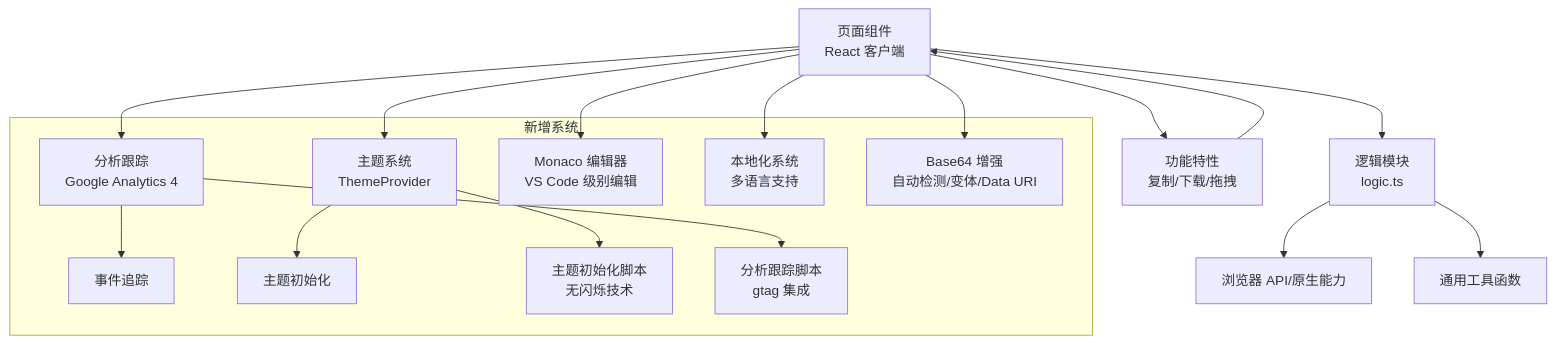
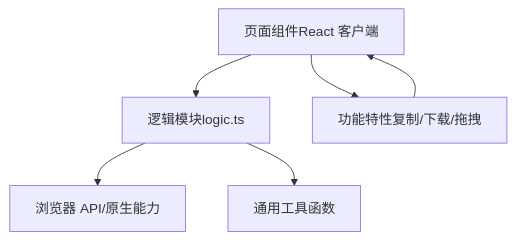
The second of 3 diagrams in .qoder/repowiki/zh/content/开发者工具/开发者工具.md (sgyy/privadeck), drawn with Mermaid before and after one commit. The commit also changed other lines of this file and 23 other files, not shown here.

````diff
--- a/.qoder/repowiki/zh/content/开发者工具/开发者工具.md
+++ b/.qoder/repowiki/zh/content/开发者工具/开发者工具.md
@@ -181,24 +170,8 @@
 ```mermaid
 graph TB
-UI["页面组件<br/>React 客户端"] --> LOGIC["逻辑模块<br/>logic.ts"]
+UI["页面组件React 客户端"] --> LOGIC["逻辑模块logic.ts"]
 LOGIC --> NATIVE["浏览器 API/原生能力"]
 LOGIC --> UTIL["通用工具函数"]
-subgraph "新增系统"
-ANALYTICS["分析跟踪<br/>Google Analytics 4"] --> TRACK["事件追踪"]
-THEME["主题系统<br/>ThemeProvider"] --> INIT["主题初始化"]
-MONACO["Monaco 编辑器<br/>VS Code 级别编辑"]
-LOCALIZATION["本地化系统<br/>多语言支持"]
-BASE64_ENHANCE["Base64 增强<br/>自动检测/变体/Data URI"]
-THEME_INIT["主题初始化脚本<br/>无闪烁技术"]
-ANALYTICS_SCRIPT["分析跟踪脚本<br/>gtag 集成"]
-end
-UI --> FEAT["功能特性<br/>复制/下载/拖拽"]
-UI --> ANALYTICS
-UI --> THEME
-UI --> MONACO
-UI --> LOCALIZATION
-UI --> BASE64_ENHANCE
+UI --> FEAT["功能特性复制/下载/拖拽"]
 FEAT --> UI
-THEME --> THEME_INIT
-ANALYTICS --> ANALYTICS_SCRIPT
 ```
````
